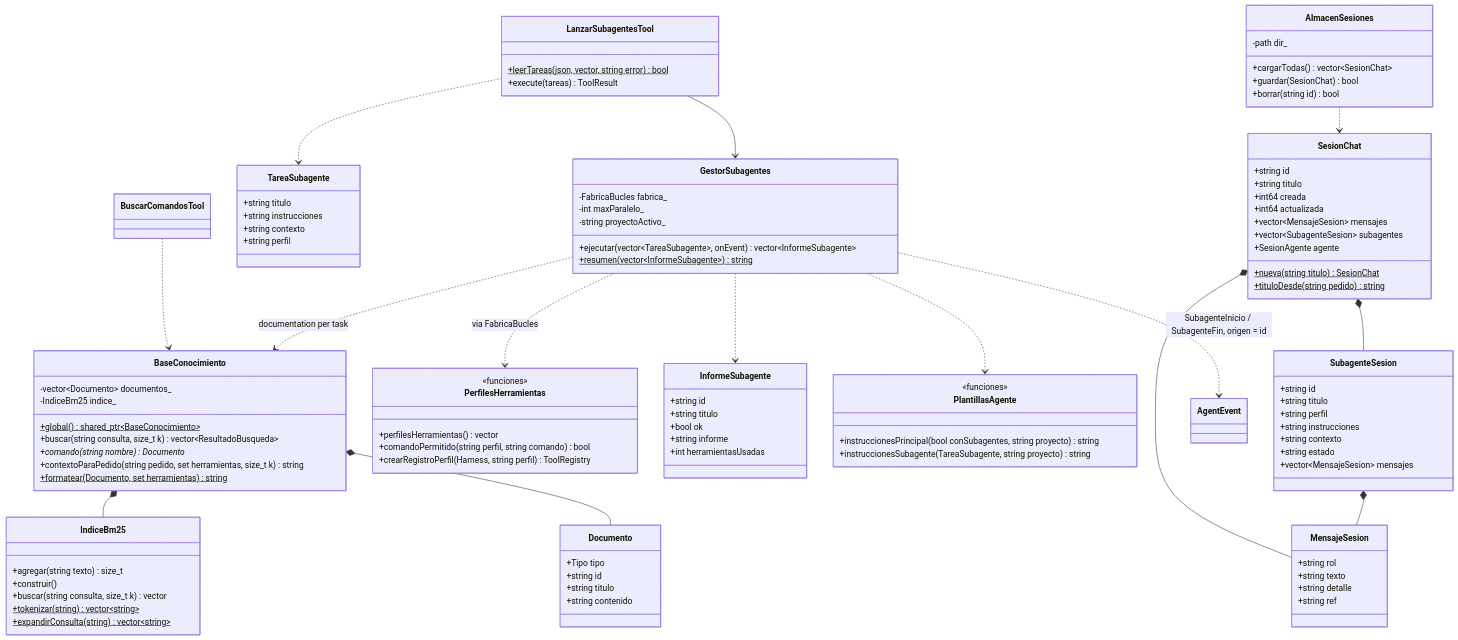
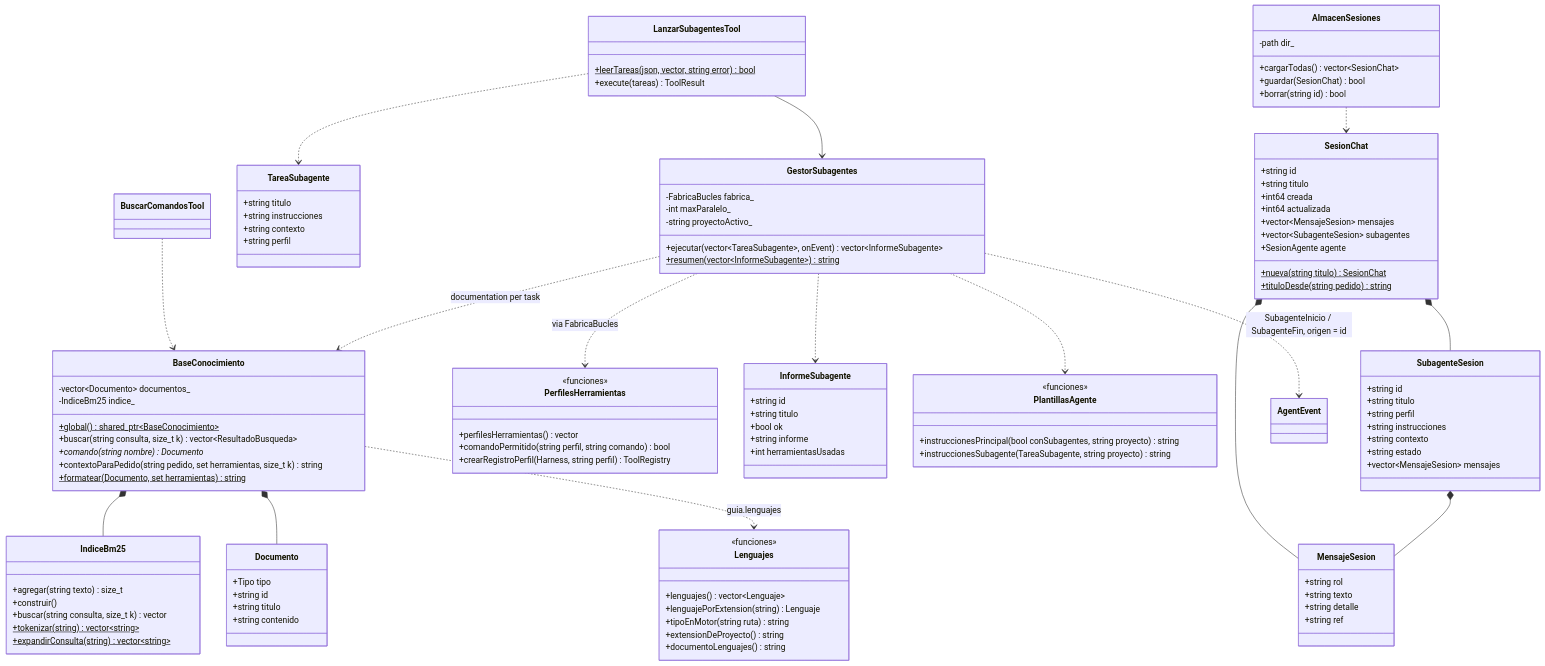
Before and after one commit to FunshiEngine/FunshiEngineCLI: the sixth of 8 diagrams in doc/uml/DiagramaClases.eng.md, drawn with Mermaid. The commit also changed other lines of this file and 7 other files, not shown here.

```diff
--- a/doc/uml/DiagramaClases.eng.md
+++ b/doc/uml/DiagramaClases.eng.md
@@ -532,6 +532,14 @@
         +string informe
         +int herramientasUsadas
     }
+    class Lenguajes {
+        <<funciones>>
+        +lenguajes() vector~Lenguaje~
+        +lenguajePorExtension(string) Lenguaje
+        +tipoEnMotor(string ruta) string
+        +extensionDeProyecto() string
+        +documentoLenguajes() string
+    }
     class PlantillasAgente {
         <<funciones>>
         +instruccionesPrincipal(bool conSubagentes, string proyecto) string
@@ -576,6 +584,7 @@
     LanzarSubagentesTool --> GestorSubagentes
     LanzarSubagentesTool ..> TareaSubagente
     GestorSubagentes ..> InformeSubagente
+    BaseConocimiento ..> Lenguajes : guia.lenguajes
     GestorSubagentes ..> PlantillasAgente
     GestorSubagentes ..> BaseConocimiento : documentation per task
     GestorSubagentes ..> PerfilesHerramientas : via FabricaBucles
```
